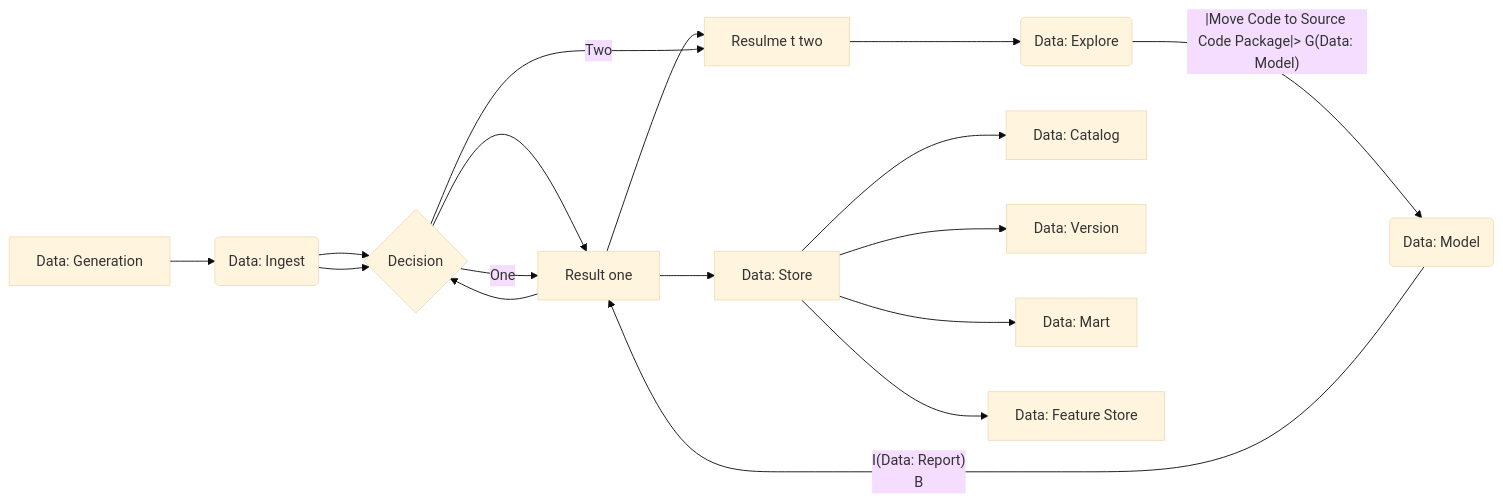
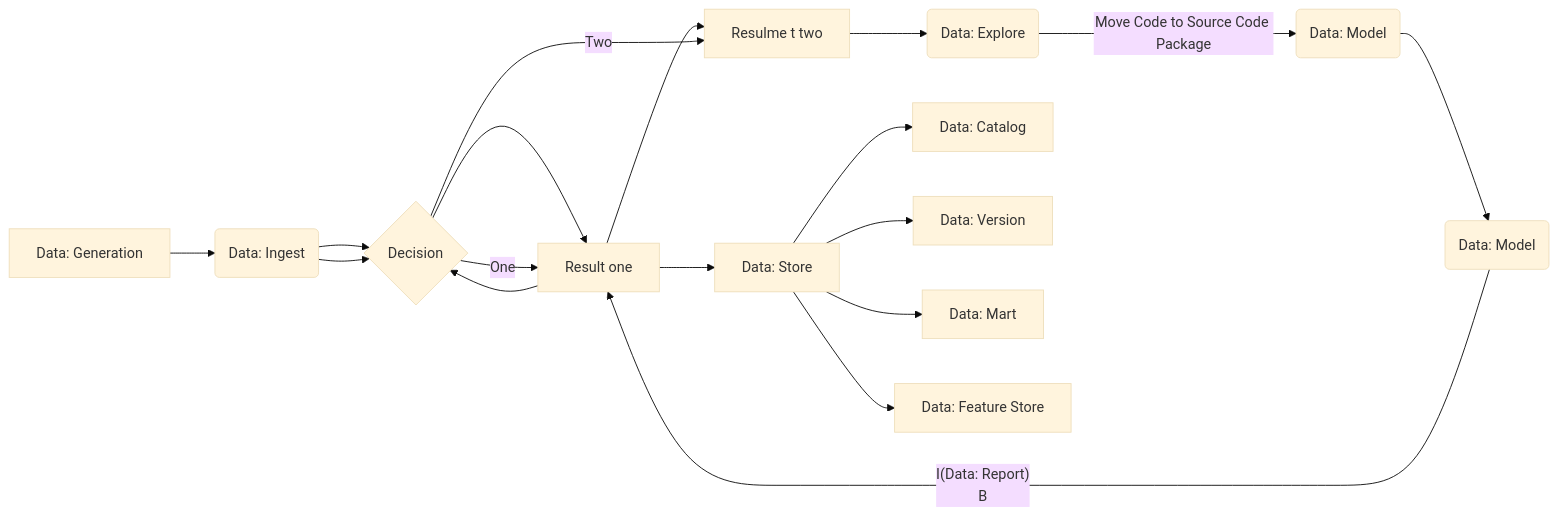
Before and after one commit to mraarone/dsbaseline: the first of 2 diagrams in docs/docs/index.md, drawn with Mermaid (base theme).

````diff
--- a/docs/docs/index.md
+++ b/docs/docs/index.md
@@ -118,14 +118,14 @@
 ```mermaid
 flowchart LR
-    A[Data: Generation] --> B(Data: Ingest) --> C(Data: Transform) --> D(Data: Load) --> E(Data: Explore) --> F(Data: Explore) --|Move Code to Source Code Package|> G(Data: Model) --> H(Data: Model) -- I(Data: Report)
+    A[Data: Generation] --> B(Data: Ingest) --> C(Data: Transform) --> D(Data: Load) --> E(Data: Explore) --> F(Data: Explore) -->|Move Code to Source Code Package| G(Data: Model) --> H(Data: Model) -- I(Data: Report)
     B --> D
     D --> C
     D --> J[Data: Store]
     J --> K[Data: Catalog]
     J --> L[Data: Version]
     J --> M[Data: Mart]
     J --> N[Data: Feature Store]
     B --> C{Decision}
     C -->|One| D[Result one]
     C -->|Two| E[Resulme t two]
 ```
````
